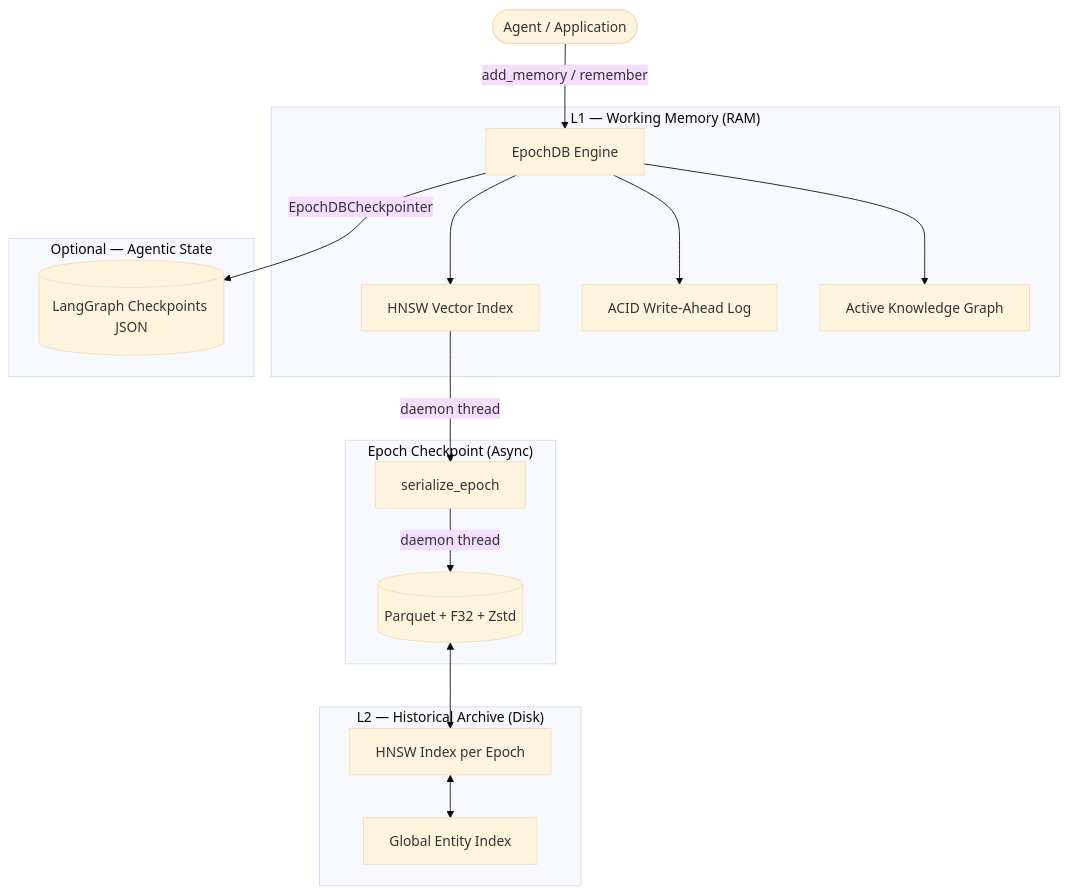
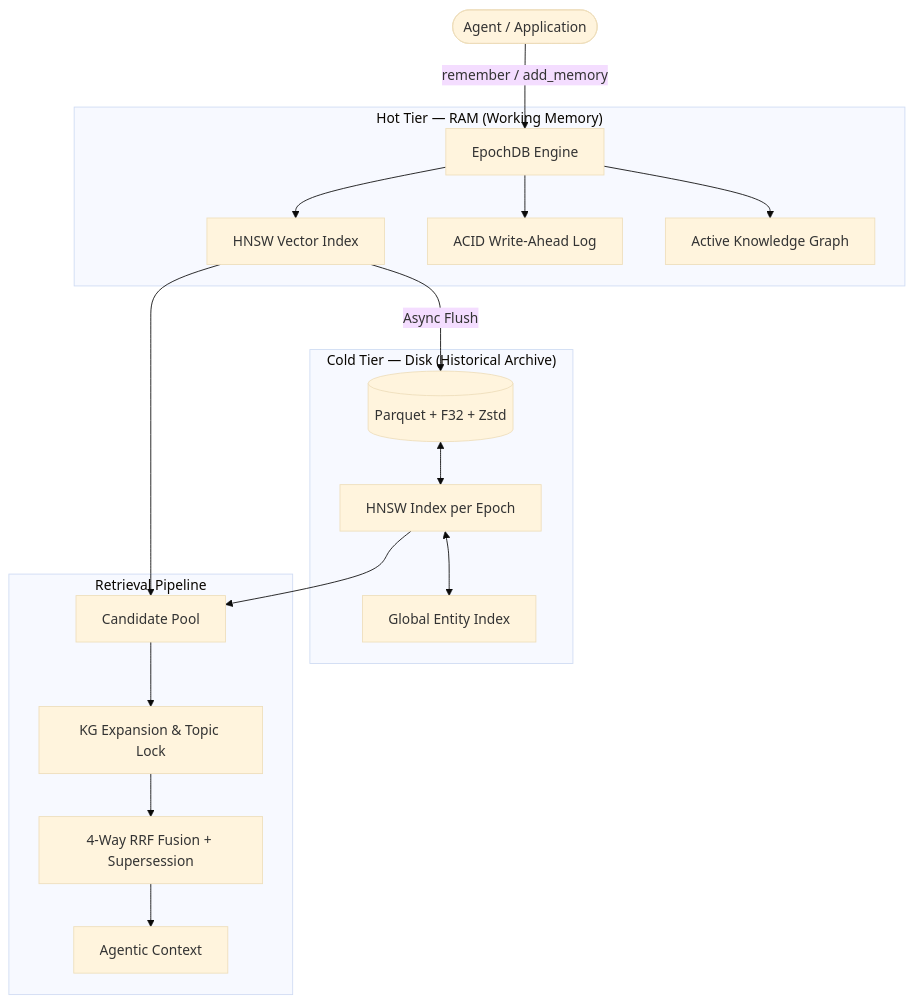
The diagram in how_it_works.md (jersobh/epochdb), drawn with Mermaid (base theme) before and after one commit. The commit also changed other lines of this file and 2 other files, not shown here.

````diff
--- a/how_it_works.md
+++ b/how_it_works.md
@@ -27,24 +19,23 @@
 ```mermaid
 graph TD
-    Agent([Agent / Application]) -->|add_memory / remember| Engine[EpochDB Engine]
+    Agent([Agent / Application]) -->|remember / add_memory| Engine[EpochDB Engine]
 
-    subgraph "L1 — Working Memory (RAM)"
-        Engine --> HNSW[HNSW Vector Index]
+    subgraph "Hot Tier — RAM (Working Memory)"
+        Engine --> HNSW_H[HNSW Vector Index]
         Engine --> WAL[ACID Write-Ahead Log]
         Engine --> KG[Active Knowledge Graph]
     end
 
-    subgraph "Epoch Checkpoint (Async)"
-        HNSW -->|daemon thread| Flush[serialize_epoch]
-        Flush -->|daemon thread| Parquet[(Parquet + F32 + Zstd)]
-    end
-
-    subgraph "L2 — Historical Archive (Disk)"
+    subgraph "Cold Tier — Disk (Historical Archive)"
+        HNSW_H -->|Async Flush| Parquet[(Parquet + F32 + Zstd)]
         Parquet <--> HNSW_C[HNSW Index per Epoch]
         HNSW_C <--> GEI[Global Entity Index]
     end
 
-    subgraph "Optional — Agentic State"
-        Engine -->|EpochDBCheckpointer| CKPT[(LangGraph Checkpoints JSON)]
+    subgraph "Retrieval Pipeline"
+        HNSW_H & HNSW_C --> Pool[Candidate Pool]
+        Pool --> KG_Exp[KG Expansion & Topic Lock]
+        KG_Exp --> RRF[4-Way RRF Fusion + Supersession]
+        RRF --> Context[Agentic Context]
     end
 ```
````
